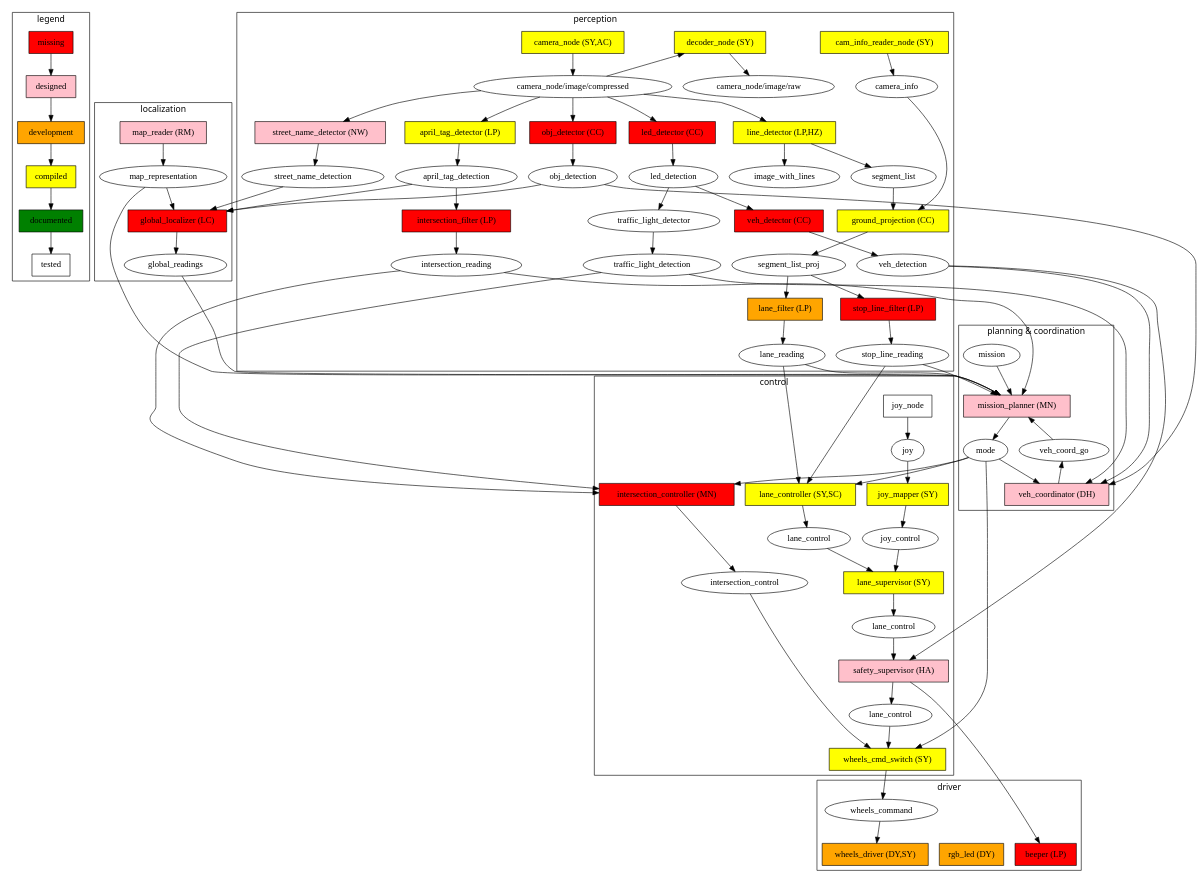
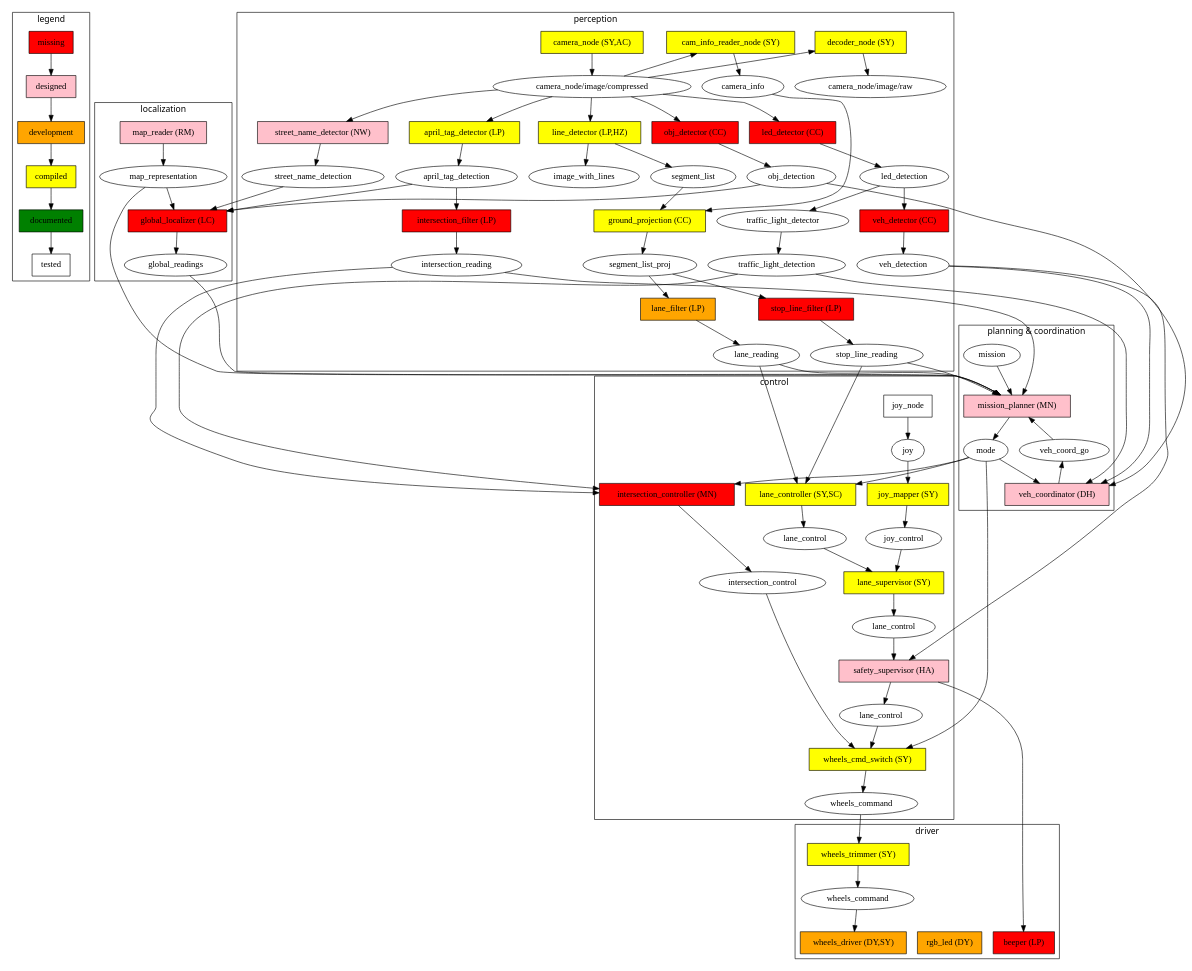
The diagram in ros_diagram/Duckietown_ROS_Diagram.dot (kungfrank/Knight_car), drawn with Graphviz before and after one commit.

Commit message:
Add wheels trimmer to ros diagram.

```diff
--- a/ros_diagram/Duckietown_ROS_Diagram.dot
+++ b/ros_diagram/Duckietown_ROS_Diagram.dot
@@ -58,7 +58,8 @@
 		april_tag_detector[label="april_tag_detector (LP)"];
 		lane_supervisor[label="lane_supervisor (SY)"];
 		joy_mapper[label="joy_mapper (SY)"];
-		ground_projection[label="ground_projection (CC)"]
+		ground_projection[label="ground_projection (CC)"];
+		wheels_trimmer[label="wheels_trimmer (SY)"];
 	}
 	subgraph node_documented{
 		node [fillcolor=green];
@@ -109,6 +110,7 @@
 	street_name_detection;
 	veh_coord_go;
 	wheels_command;
+	wheels_command_switch[label="wheels_command"];
 
 	subgraph cluster_perception{
 		label="perception"
@@ -171,6 +173,7 @@
 		lane_control_sup;
 		lane_control_safe;
 		intersection_control;
+		wheels_command_switch;
 		{rank=same; intersection_controller;lane_controller;}
 	}
 
@@ -199,6 +202,7 @@
 	subgraph cluster_driver{
 		label="driver"
 		// Nodes
+		wheels_trimmer;
 		wheels_driver;
 		beeper;
 		rgb_led;
@@ -216,6 +220,7 @@
 
 	//camera_node->camera_info;
 	camera_node->image_compressed;
+	cam_info_reader_node->image_compressed[dir=back];
 	cam_info_reader_node->camera_info;
 	//image_compressed->img_downsampler;
 	//img_downsampler->img_high;
@@ -303,9 +308,11 @@
 	mode->intersection_controller;
 
 	mode->wheels_cmd_switch;
+	wheels_cmd_switch->wheels_command_switch;
+	wheels_command_switch->wheels_trimmer;
+	wheels_trimmer->wheels_command;
 	lane_control_safe->wheels_cmd_switch;
 	intersection_control->wheels_cmd_switch;
-	wheels_cmd_switch->wheels_command;
 	wheels_command->wheels_driver;
 
 	//TODO annotate msg type.
```
